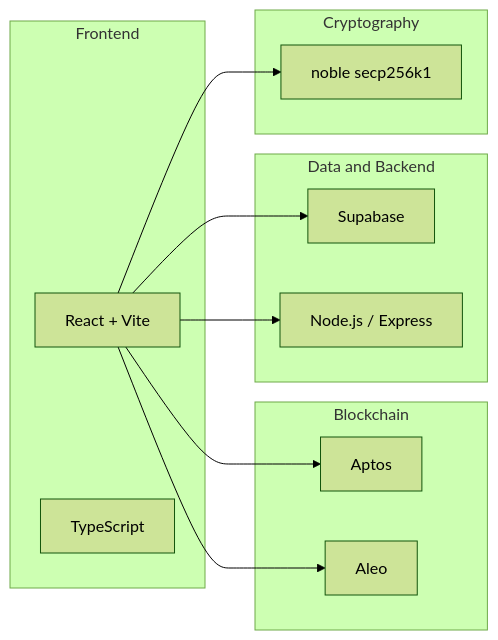
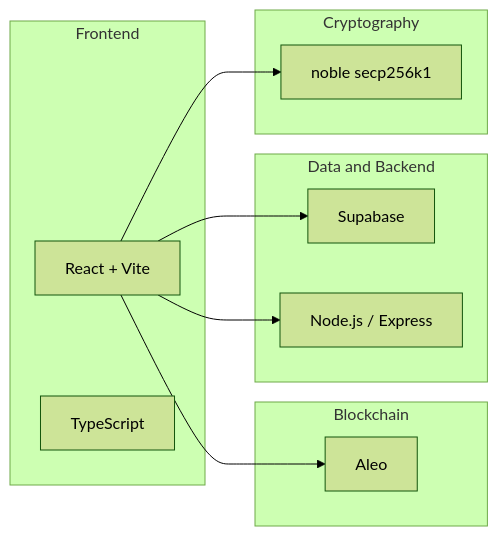
Before and after one commit to AmaanSayyad/PrivatePay-Aleo: the second of 6 diagrams in README.md, drawn with Mermaid (forest theme). The commit also changed other lines of this file and 40 other files, not shown here.

````diff
--- a/README.md
+++ b/README.md
@@ -142,24 +142,22 @@
 ```mermaid
 flowchart LR
   subgraph Frontend["Frontend"]
     React["React + Vite"]
     TS[TypeScript]
   end
   subgraph Chain["Blockchain"]
-    Aptos[Aptos]
     Aleo[Aleo]
   end
   subgraph Data["Data and Backend"]
     Supabase[Supabase]
     Express["Node.js / Express"]
   end
   subgraph Crypto["Cryptography"]
     Noble["noble secp256k1"]
   end
 
-  React --> Aptos
   React --> Aleo
   React --> Supabase
   React --> Express
   React --> Noble
 ```
````
